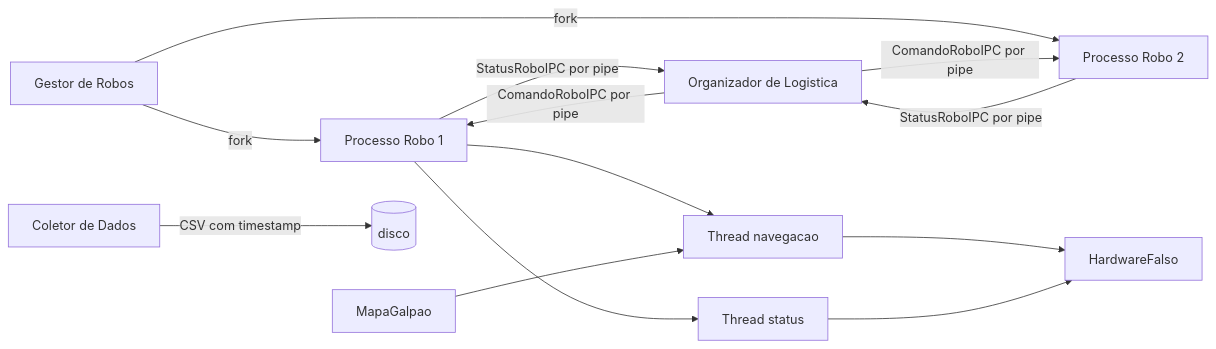
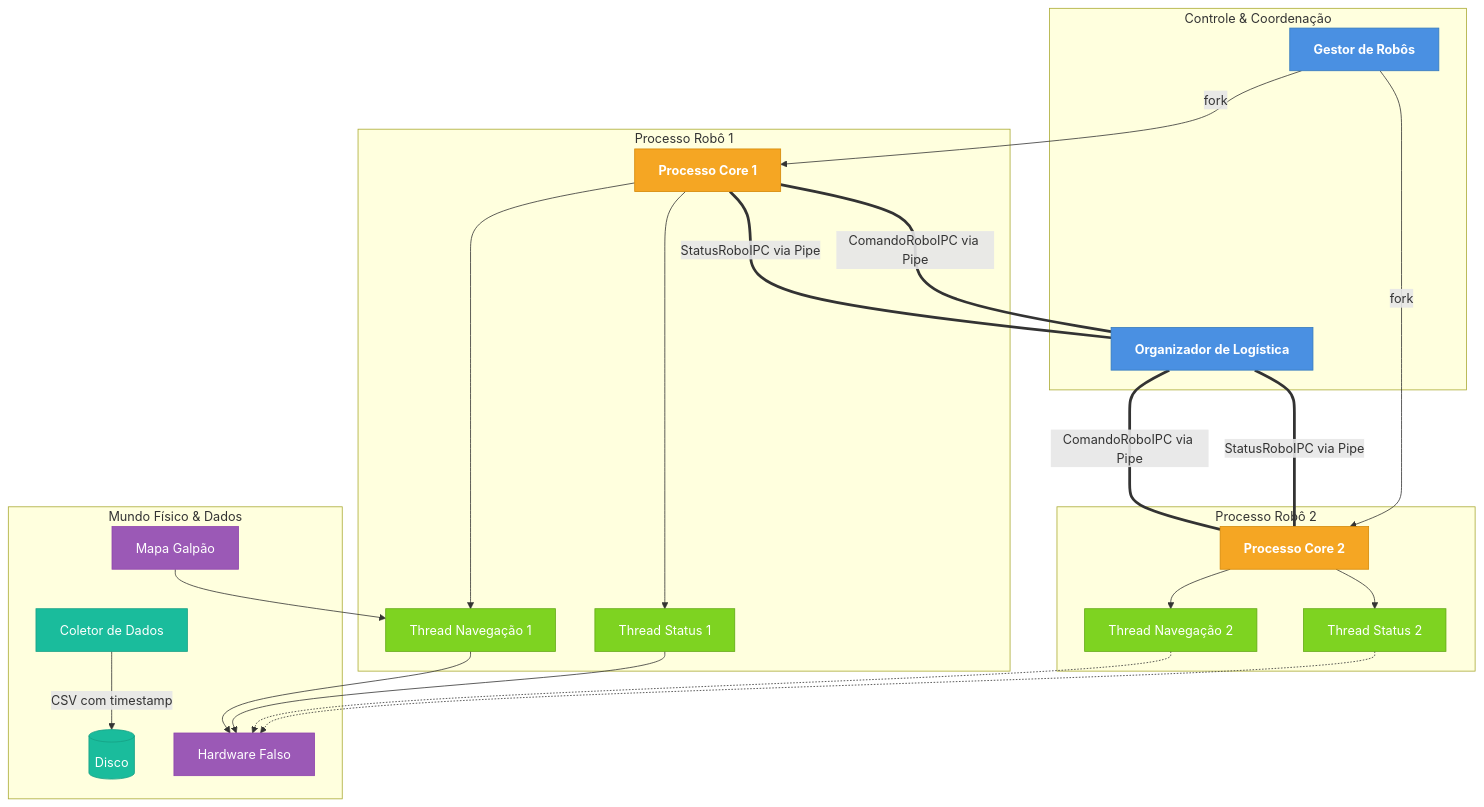
Before and after one commit to lsaamaral/TrabalhoRobosMoveis: the diagram in README.md, drawn with Mermaid.

Commit message:
melhorando mermaid

````diff
--- a/README.md
+++ b/README.md
@@ -35,15 +35,63 @@
 ```mermaid
-flowchart LR
-    G[Gestor de Robos] -->|fork| P1[Processo Robo 1]
-    G -->|fork| P2[Processo Robo 2]
-    O[Organizador de Logistica] -->|ComandoRoboIPC por pipe| P1
-    O -->|ComandoRoboIPC por pipe| P2
-    P1 -->|StatusRoboIPC por pipe| O
-    P2 -->|StatusRoboIPC por pipe| O
-    P1 --> N1[Thread navegacao]
-    P1 --> S1[Thread status]
-    N1 --> H1[HardwareFalso]
+flowchart TB
+    classDef gerencia fill:#4A90E2,stroke:#357ABD,color:#fff,font-weight:bold;
+    classDef processo fill:#F5A623,stroke:#D48806,color:#fff,font-weight:bold;
+    classDef thread fill:#7ED321,stroke:#62A814,color:#fff;
+    classDef infra fill:#9B59B6,stroke:#8E44AD,color:#fff;
+    classDef dados fill:#1ABC9C,stroke:#16A085,color:#fff;
+
+    subgraph Camada_Controle [Controle & Coordenação]
+        G[Gestor de Robôs]
+        O[Organizador de Logística]
+    end
+    class G,O gerencia;
+
+    subgraph Robô_1 [Processo Robô 1]
+        P1[Processo Core 1]
+        N1[Thread Navegação 1]
+        S1[Thread Status 1]
+        
+        P1 --> N1
+        P1 --> S1
+    end
+    class P1 processo;
+    class N1,S1 thread;
+
+    subgraph Robô_2 [Processo Robô 2]
+        P2[Processo Core 2]
+        N2[Thread Navegação 2]
+        S2[Thread Status 2]
+        
+        P2 --> N2
+        P2 --> S2
+    end
+    class P2 processo;
+    class N2,S2 thread;
+
+    subgraph Infra [Mundo Físico & Dados]
+        H1[Hardware Falso]
+        M[Mapa Galpão]
+        C[Coletor de Dados]
+        D[(Disco)]
+    end
+    class H1,M infra;
+    class C,D dados;
+
+    G -->|fork| P1
+    G -->|fork| P2
+
+    O ====|ComandoRoboIPC via Pipe| P1
+    O ====|ComandoRoboIPC via Pipe| P2
+    P1 ====|StatusRoboIPC via Pipe| O
+    P2 ====|StatusRoboIPC via Pipe| O
+
+    M --> N1
+    N1 --> H1
     S1 --> H1
-    M[MapaGalpao] --> N1
-    C[Coletor de Dados] -->|CSV com timestamp| D[(disco)]
+    
+    N2 -.-> H1
+    S2 -.-> H1
+
+    C -->|CSV com timestamp| D
+
 ```
````
